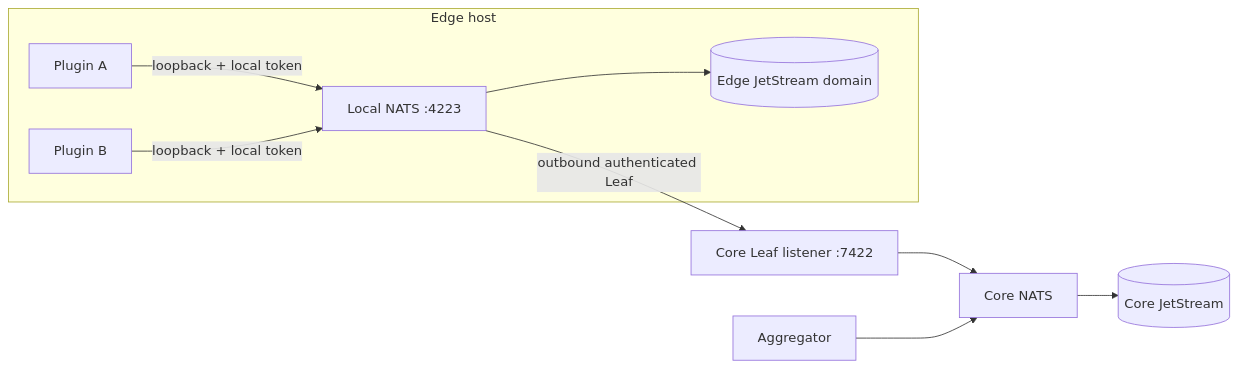
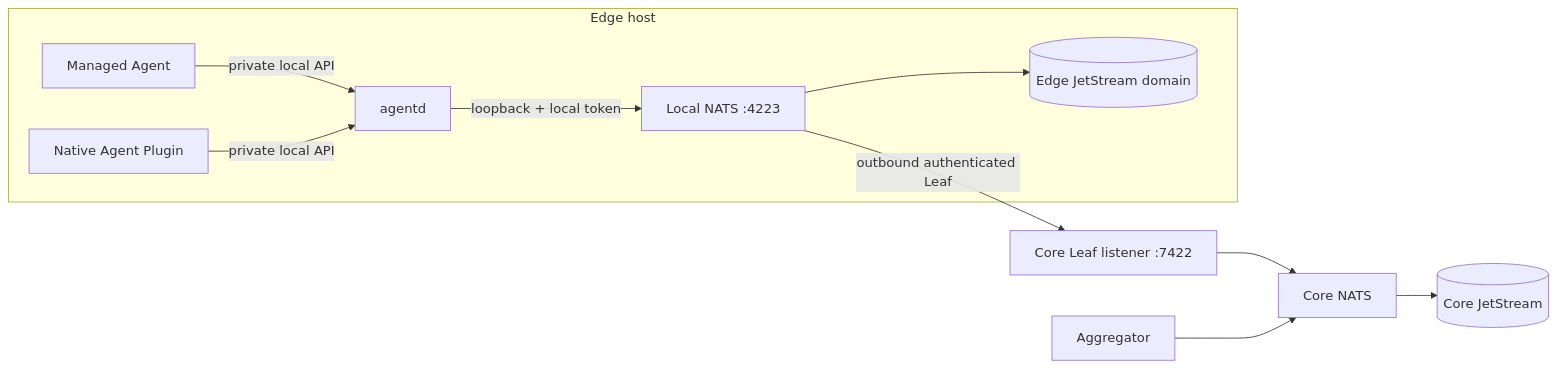
One commit to EdgeCitadelTeam/EdgeCitadel changed the second of 3 diagrams in docs/architecture/multi-mode-messaging.md. Above: the diagram before and after it, drawn with Mermaid. The commit also changed other lines of this file and 121 other files, not shown here.

First line of the commit message:
feat(client): add managed agents and native plugins (#28)

````diff
--- a/docs/architecture/multi-mode-messaging.md
+++ b/docs/architecture/multi-mode-messaging.md
@@ -130,16 +134,18 @@
 ```mermaid
 flowchart LR
     subgraph EdgeHost[Edge host]
-        P1[Plugin A]
-        P2[Plugin B]
+        P1[Managed Agent]
+        P2[Native Agent Plugin]
+        D[agentd]
         L[Local NATS :4223]
         EJS[(Edge JetStream domain)]
-        P1 -->|loopback + local token| L
-        P2 -->|loopback + local token| L
+        P1 -->|private local API| D
+        P2 -->|private local API| D
+        D -->|loopback + local token| L
         L --> EJS
     end
     L -->|outbound authenticated Leaf| CL[Core Leaf listener :7422]
     CL --> C[Core NATS]
     C --> CJS[(Core JetStream)]
     A[Aggregator] --> C
 ```
````
